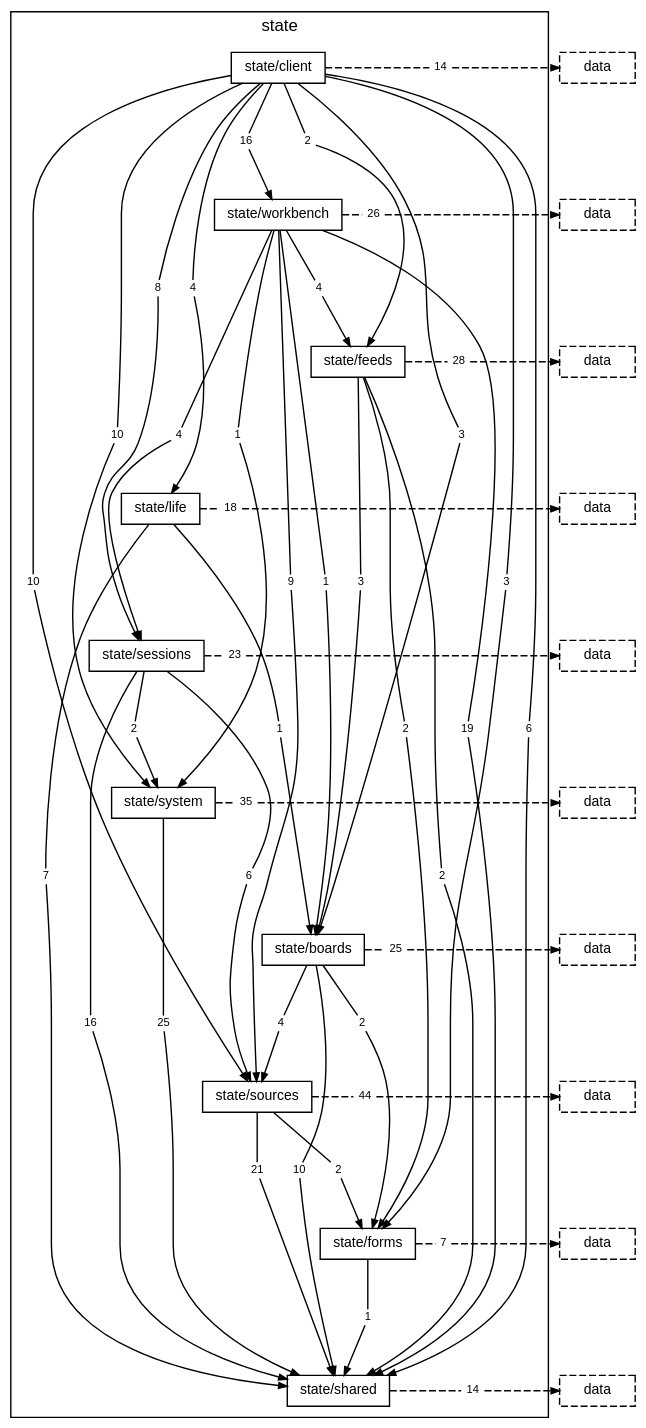
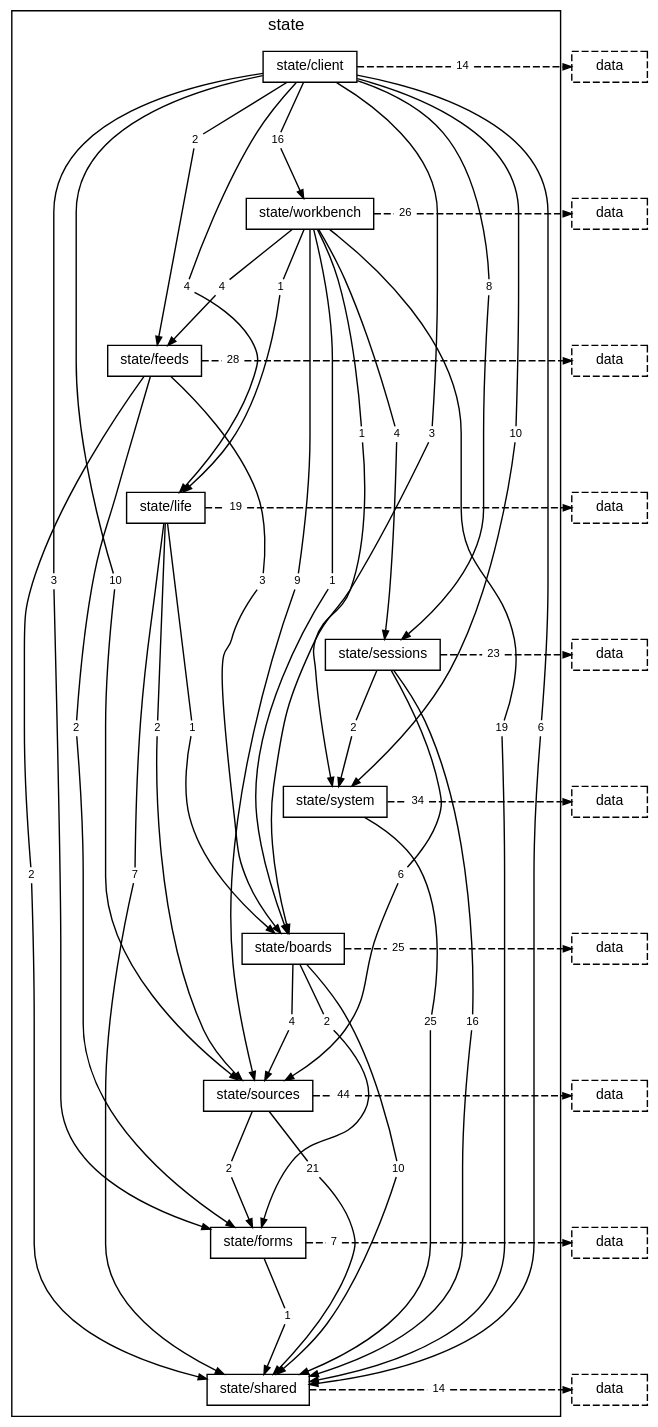
One commit to TheAxeC/oculus changed the diagram in docs/diagrams/layer-state.dot. Above: the diagram before and after it, drawn with Graphviz. The commit also changed 149 other files, not shown here.

```diff
--- a/docs/diagrams/layer-state.dot
+++ b/docs/diagrams/layer-state.dot
@@ -26,6 +26,7 @@
         "folder state/client to layer data" [label="14", shape=box, color="transparent", fontsize=8, width=0, height=0, margin="0.04,0.02"];
         "folder state/workbench to folder state/boards" [label="1", shape=box, color="transparent", fontsize=8, width=0, height=0, margin="0.04,0.02"];
         "folder state/workbench to folder state/feeds" [label="4", shape=box, color="transparent", fontsize=8, width=0, height=0, margin="0.04,0.02"];
+        "folder state/workbench to folder state/life" [label="1", shape=box, color="transparent", fontsize=8, width=0, height=0, margin="0.04,0.02"];
         "folder state/workbench to folder state/sessions" [label="4", shape=box, color="transparent", fontsize=8, width=0, height=0, margin="0.04,0.02"];
         "folder state/workbench to folder state/shared" [label="19", shape=box, color="transparent", fontsize=8, width=0, height=0, margin="0.04,0.02"];
         "folder state/workbench to folder state/sources" [label="9", shape=box, color="transparent", fontsize=8, width=0, height=0, margin="0.04,0.02"];
@@ -37,13 +38,14 @@
         "folder state/feeds to layer data" [label="28", shape=box, color="transparent", fontsize=8, width=0, height=0, margin="0.04,0.02"];
         "folder state/life to folder state/boards" [label="1", shape=box, color="transparent", fontsize=8, width=0, height=0, margin="0.04,0.02"];
         "folder state/life to folder state/shared" [label="7", shape=box, color="transparent", fontsize=8, width=0, height=0, margin="0.04,0.02"];
-        "folder state/life to layer data" [label="18", shape=box, color="transparent", fontsize=8, width=0, height=0, margin="0.04,0.02"];
+        "folder state/life to folder state/sources" [label="2", shape=box, color="transparent", fontsize=8, width=0, height=0, margin="0.04,0.02"];
+        "folder state/life to layer data" [label="19", shape=box, color="transparent", fontsize=8, width=0, height=0, margin="0.04,0.02"];
         "folder state/sessions to folder state/shared" [label="16", shape=box, color="transparent", fontsize=8, width=0, height=0, margin="0.04,0.02"];
         "folder state/sessions to folder state/sources" [label="6", shape=box, color="transparent", fontsize=8, width=0, height=0, margin="0.04,0.02"];
         "folder state/sessions to folder state/system" [label="2", shape=box, color="transparent", fontsize=8, width=0, height=0, margin="0.04,0.02"];
         "folder state/sessions to layer data" [label="23", shape=box, color="transparent", fontsize=8, width=0, height=0, margin="0.04,0.02"];
         "folder state/system to folder state/shared" [label="25", shape=box, color="transparent", fontsize=8, width=0, height=0, margin="0.04,0.02"];
-        "folder state/system to layer data" [label="35", shape=box, color="transparent", fontsize=8, width=0, height=0, margin="0.04,0.02"];
+        "folder state/system to layer data" [label="34", shape=box, color="transparent", fontsize=8, width=0, height=0, margin="0.04,0.02"];
         "folder state/boards to folder state/forms" [label="2", shape=box, color="transparent", fontsize=8, width=0, height=0, margin="0.04,0.02"];
         "folder state/boards to folder state/shared" [label="10", shape=box, color="transparent", fontsize=8, width=0, height=0, margin="0.04,0.02"];
         "folder state/boards to folder state/sources" [label="4", shape=box, color="transparent", fontsize=8, width=0, height=0, margin="0.04,0.02"];
@@ -99,6 +101,8 @@
     "folder state/workbench to folder state/boards" -> "folder state/boards" [];
     "folder state/workbench" -> "folder state/workbench to folder state/feeds" [arrowhead=none, minlen=1, weight=10];
     "folder state/workbench to folder state/feeds" -> "folder state/feeds" [];
+    "folder state/workbench" -> "folder state/workbench to folder state/life" [arrowhead=none, minlen=1, weight=10];
+    "folder state/workbench to folder state/life" -> "folder state/life" [];
     "folder state/workbench" -> "folder state/workbench to folder state/sessions" [arrowhead=none, minlen=3, weight=10];
     "folder state/workbench to folder state/sessions" -> "folder state/sessions" [];
     "folder state/workbench" -> "folder state/workbench to folder state/shared" [arrowhead=none, minlen=7, weight=10];
@@ -123,6 +127,8 @@
     "folder state/life to folder state/boards" -> "folder state/boards" [];
     "folder state/life" -> "folder state/life to folder state/shared" [arrowhead=none, minlen=5, weight=10];
     "folder state/life to folder state/shared" -> "folder state/shared" [];
+    "folder state/life" -> "folder state/life to folder state/sources" [arrowhead=none, minlen=3, weight=10];
+    "folder state/life to folder state/sources" -> "folder state/sources" [];
     "folder state/life" -> "folder state/life to layer data" [arrowhead=none, style=dashed];
     "folder state/life to layer data" -> "layer data from folder state/life" [style=dashed];
     { rank=same; "folder state/life"; "folder state/life to layer data"; "layer data from folder state/life"; }
```
